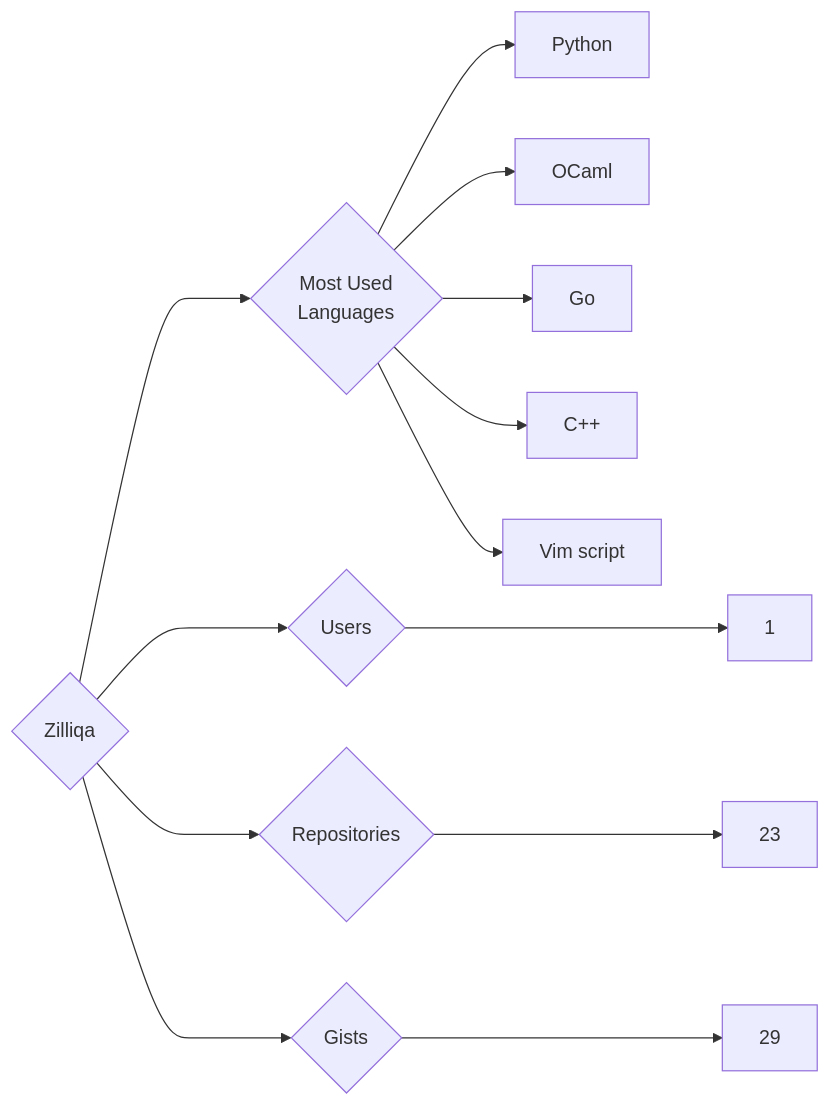
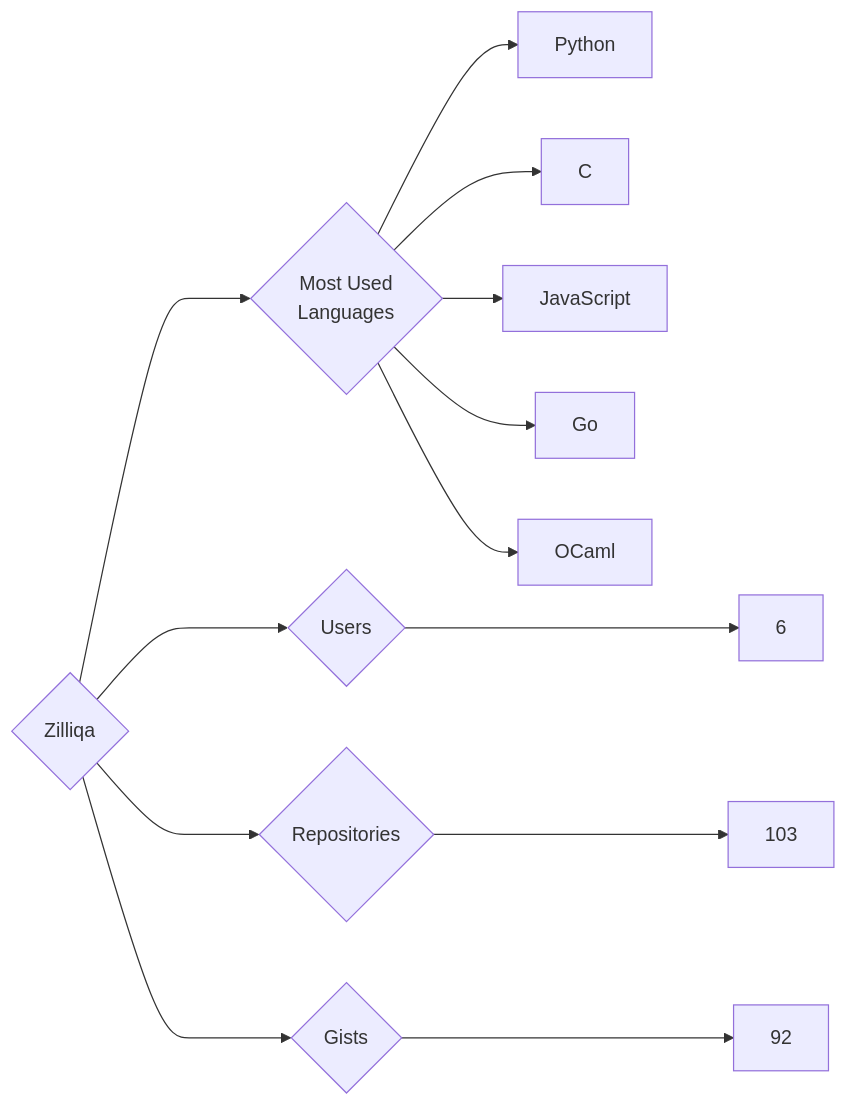
The diagram in targets/Zilliqa/README.md (trickest/insiders), drawn with Mermaid before and after one commit. The commit also changed 895 other files, not shown here.

````diff
--- a/targets/Zilliqa/README.md
+++ b/targets/Zilliqa/README.md
@@ -3,13 +3,13 @@
 ```mermaid
 graph LR
 COMPANY_NAME{Zilliqa}
-COMPANY_NAME ---> U{Users} ---> UN[1]
-COMPANY_NAME ---> R{Repositories} ---> RN[23]
-COMPANY_NAME ---> G{Gists} ---> GN[29]
+COMPANY_NAME ---> U{Users} ---> UN[6]
+COMPANY_NAME ---> R{Repositories} ---> RN[103]
+COMPANY_NAME ---> G{Gists} ---> GN[92]
 COMPANY_NAME ---> ML{Most Used<br>Languages}
 ML --> Python[Python]
+ML --> C[C]
+ML --> JavaScript[JavaScript]
+ML --> Go[Go]
 ML --> OCaml[OCaml]
-ML --> Go[Go]
-ML --> C++[C++]
-ML --> Vim_script[Vim script]
 ```
````
